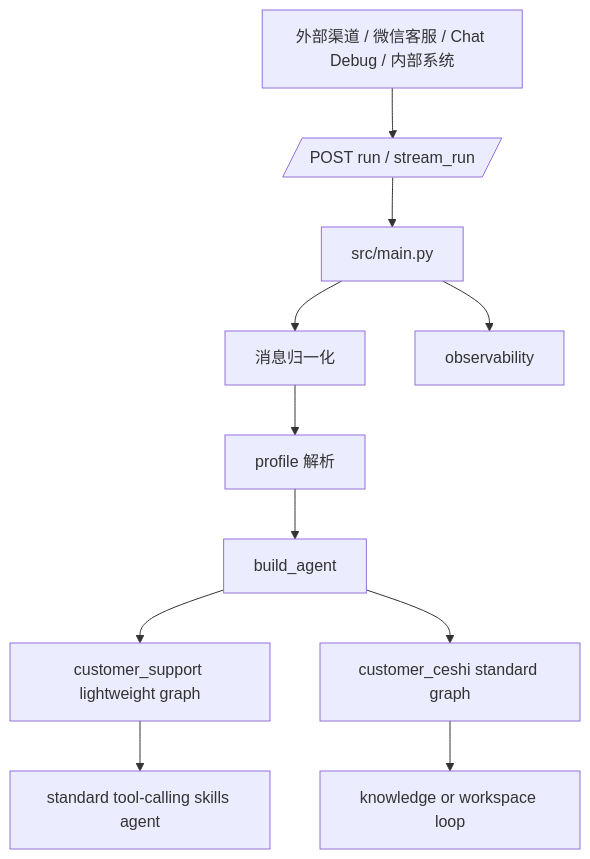
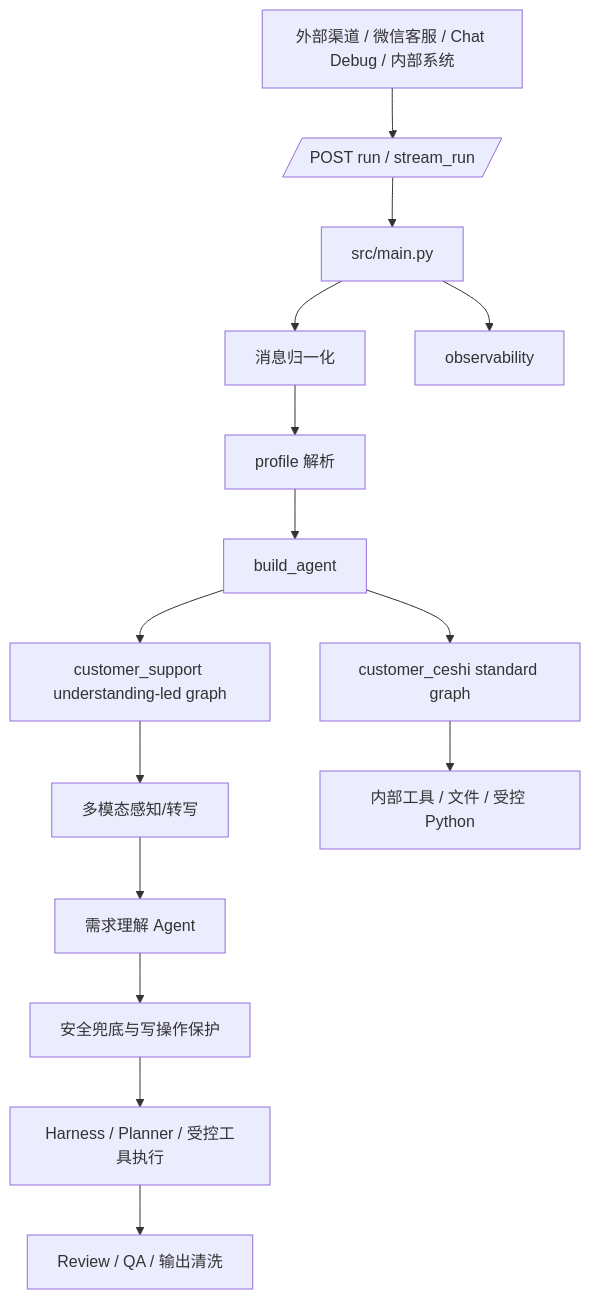
Before and after one commit to lr12338/hifleet-agent: the first of 2 diagrams in docs/AGENT_TECHNICAL_DOCUMENTATION.md, drawn with Mermaid. The commit also changed other lines of this file and 19 other files, not shown here.

````diff
--- a/docs/AGENT_TECHNICAL_DOCUMENTATION.md
+++ b/docs/AGENT_TECHNICAL_DOCUMENTATION.md
@@ -12,13 +7,17 @@
 ```mermaid
 flowchart TD
     Caller[外部渠道 / 微信客服 / Chat Debug / 内部系统] --> API[/POST run / stream_run/]
     API --> Main[src/main.py]
     Main --> Normalize[消息归一化]
     Normalize --> Profile[profile 解析]
     Profile --> Build[build_agent]
-    Build --> CS[customer_support lightweight graph]
-    Build --> EMP[customer_ceshi standard graph]
-    CS --> Standard[standard tool-calling skills agent]
-    EMP --> EmployeeLoop[knowledge or workspace loop]
+    Build --> CS[customer_support understanding-led graph]
+    Build --> Ceshi[customer_ceshi standard graph]
+    CS --> Perception[多模态感知/转写]
+    Perception --> Understand[需求理解 Agent]
+    Understand --> Guard[安全兜底与写操作保护]
+    Guard --> Exec[Harness / Planner / 受控工具执行]
+    Exec --> Final[Review / QA / 输出清洗]
+    Ceshi --> Internal[内部工具 / 文件 / 受控 Python]
     Main --> Obs[observability]
 ```
````
